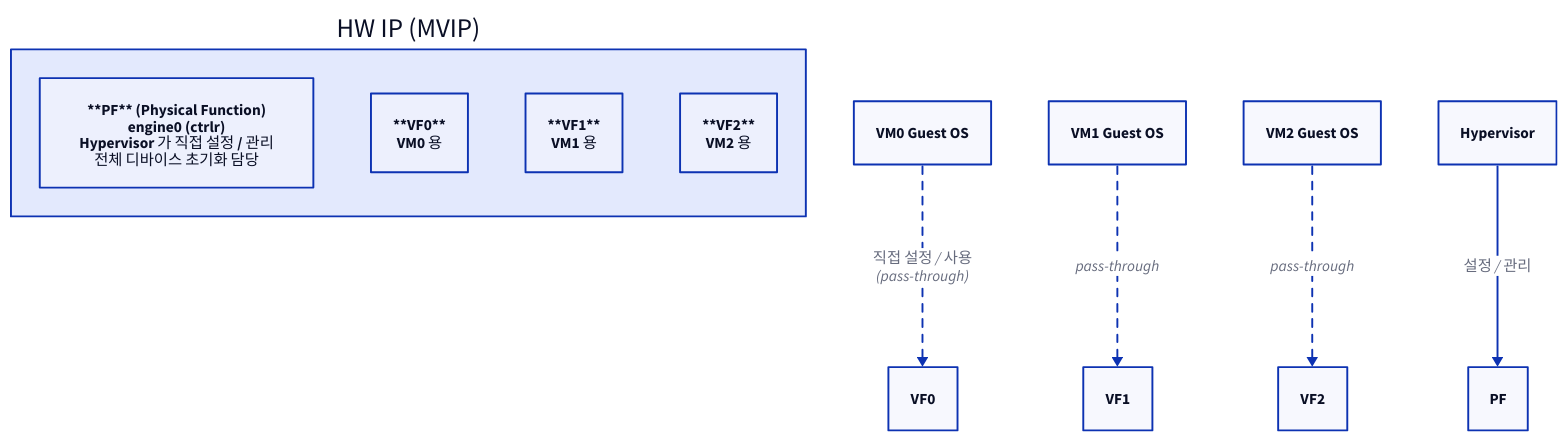
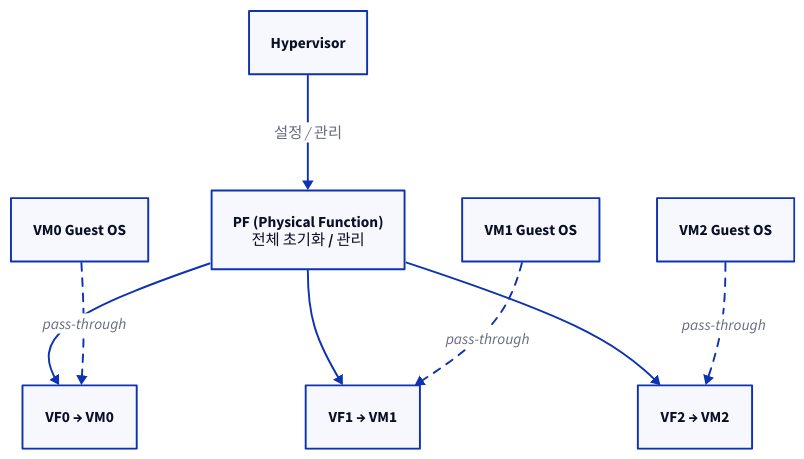
One commit to humbleowl39/DV_SKOOL changed diagram 15 of 17 in topics/virtualization/docs/01a_system_architecture_evolution.md. Above: the diagram before and after it, drawn with D2. The commit also changed other lines of this file and 90 other files, not shown here.

First line of the commit message:
docs: 전 토픽 다이어그램 정비 — ASCII→D2, mermaid→D2, 과대 D2 가시성 수정

````diff
--- a/topics/virtualization/docs/01a_system_architecture_evolution.md
+++ b/topics/virtualization/docs/01a_system_architecture_evolution.md
@@ -580,19 +564,19 @@
 ```d2
 direction: down
 
-IP: "HW IP (MVIP)" {
-  direction: down
-  PF: "**PF** (Physical Function)\nengine0 (ctrlr)\nHypervisor 가 직접 설정 / 관리\n전체 디바이스 초기화 담당"
-  VF0: "**VF0**\nVM0 용"
-  VF1: "**VF1**\nVM1 용"
-  VF2: "**VF2**\nVM2 용"
-}
+HV: "Hypervisor"
+PF: "PF (Physical Function)\n전체 초기화 / 관리"
+VF0: "VF0 → VM0"
+VF1: "VF1 → VM1"
+VF2: "VF2 → VM2"
+HV -> PF: "설정 / 관리"
+PF -> VF0
+PF -> VF1
+PF -> VF2
 VM0: "VM0 Guest OS"
 VM1: "VM1 Guest OS"
 VM2: "VM2 Guest OS"
-HV: "Hypervisor"
-HV -> PF: "설정 / 관리"
-VM0 -> VF0: "직접 설정 / 사용\n(pass-through)" { style.stroke-dash: 4 }
+VM0 -> VF0: "pass-through" { style.stroke-dash: 4 }
 VM1 -> VF1: "pass-through" { style.stroke-dash: 4 }
 VM2 -> VF2: "pass-through" { style.stroke-dash: 4 }
 ```
````
